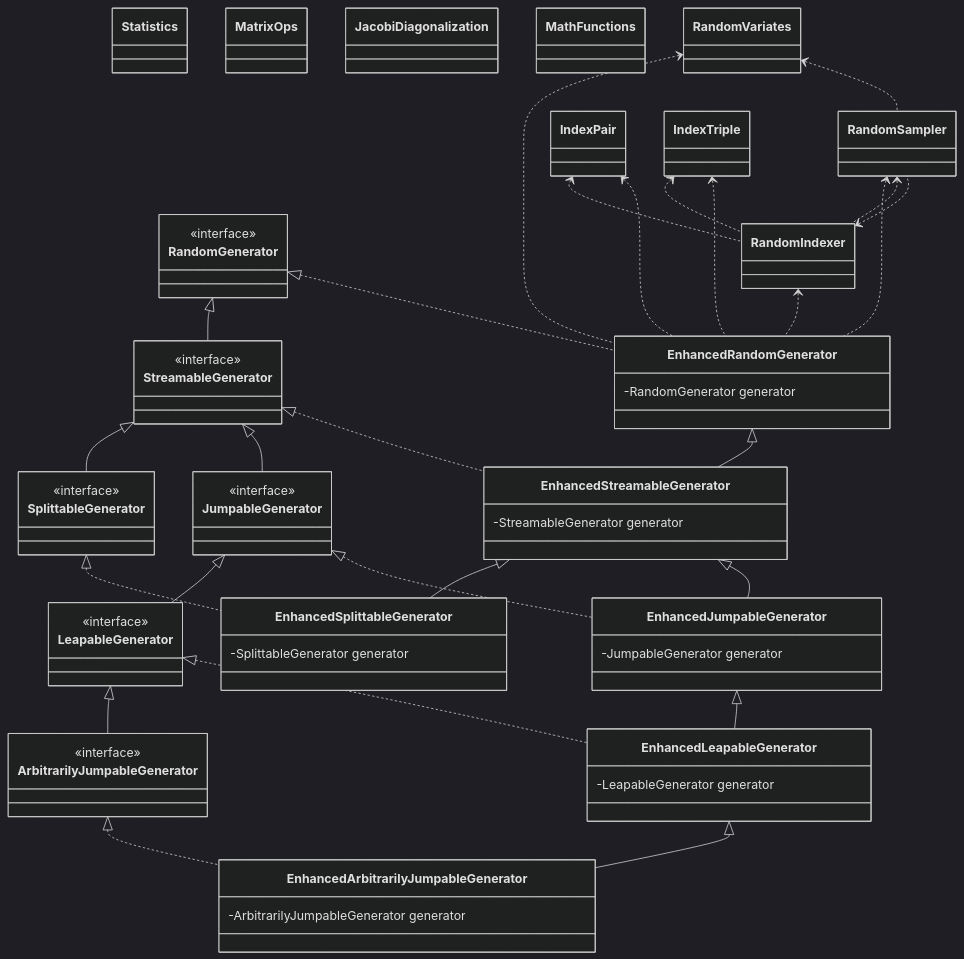
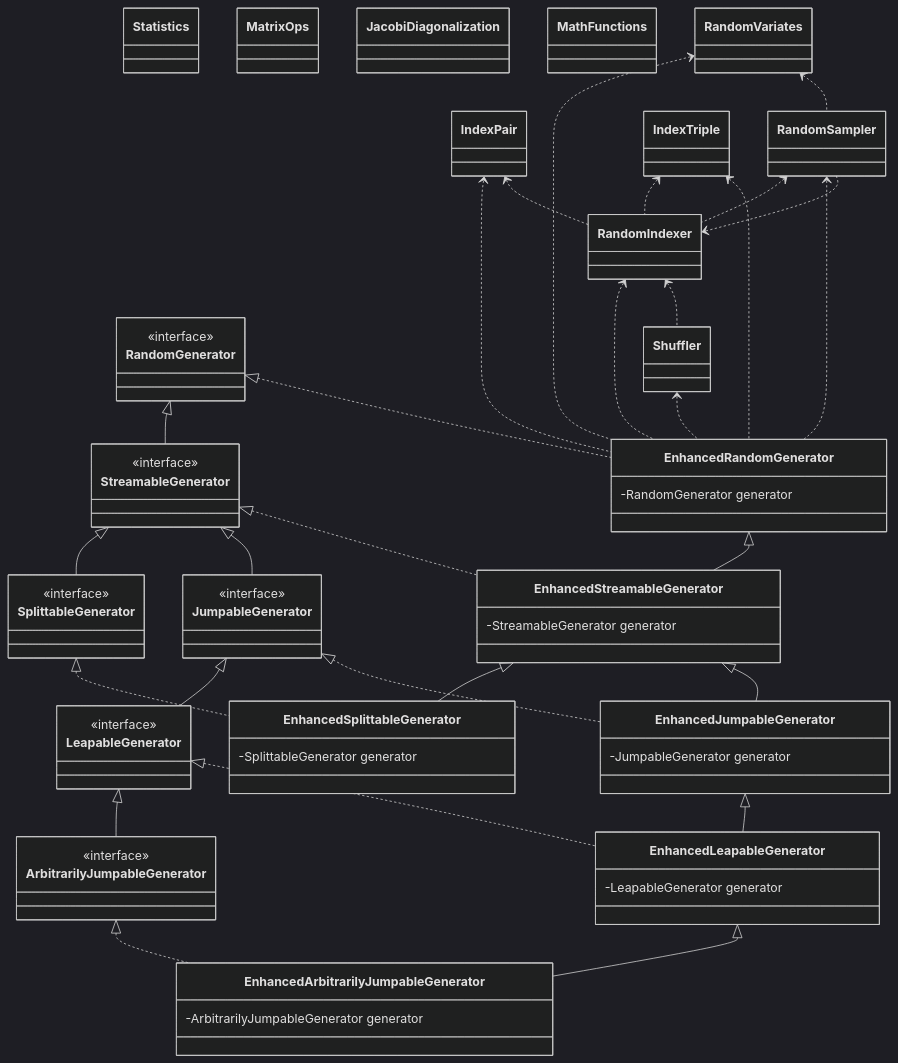
The diagram in README.md (cicirello/rho-mu), drawn with Mermaid (dark theme) before and after one commit. The commit also changed other lines of this file and 10 other files, not shown here.

```diff
--- a/README.md
+++ b/README.md
@@ -111,20 +113,23 @@
   class EnhancedRandomGenerator
   EnhancedRandomGenerator : -RandomGenerator generator
   RandomGenerator <|.. EnhancedRandomGenerator
+  class RandomVariates
+  class IndexPair
   class RandomSampler
-  RandomSampler <.. EnhancedRandomGenerator
   class RandomIndexer
+  class Shuffler
+  class IndexTriple
   RandomIndexer <.. EnhancedRandomGenerator
   RandomIndexer <.. RandomSampler
   RandomSampler <.. RandomIndexer
-  class RandomVariates
+  RandomSampler <.. EnhancedRandomGenerator
+  RandomIndexer <.. Shuffler
+  Shuffler <.. EnhancedRandomGenerator
   RandomVariates <.. EnhancedRandomGenerator
   RandomVariates <.. RandomSampler
-  class IndexPair
-  class IndexTriple
+  IndexPair <.. EnhancedRandomGenerator
   IndexPair <.. RandomIndexer
   IndexTriple <.. RandomIndexer
-  IndexPair <.. EnhancedRandomGenerator
   IndexTriple <.. EnhancedRandomGenerator
   class EnhancedStreamableGenerator
   EnhancedStreamableGenerator : -StreamableGenerator generator
```
